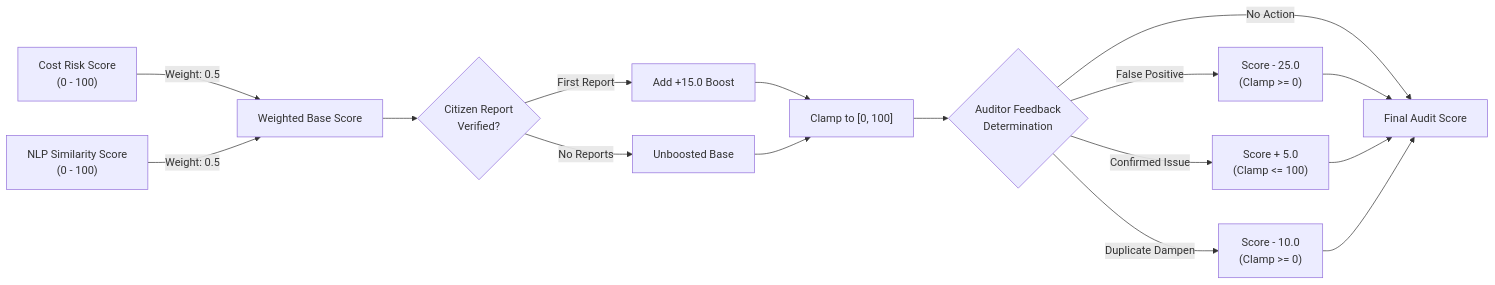
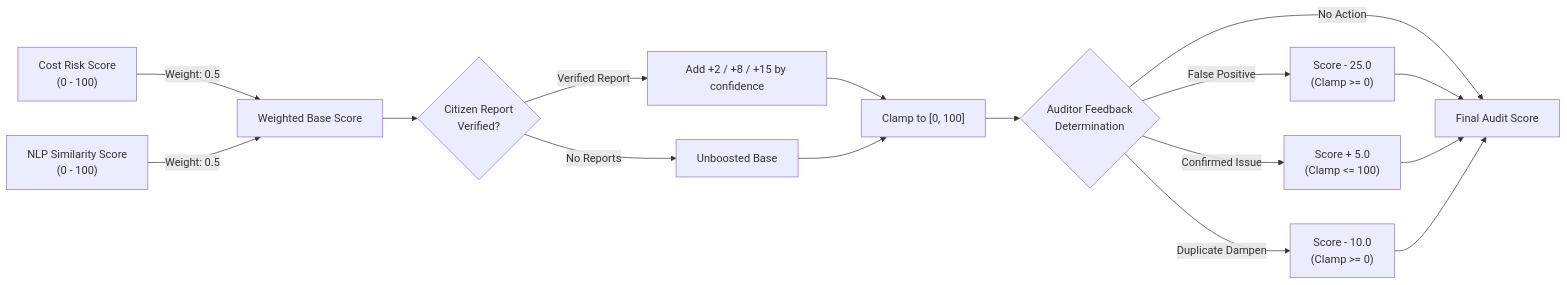
The second of 4 diagrams in README.md (buildbysushdev/SIH26012-NEURAL-NOVA-), drawn with Mermaid before and after one commit. The commit also changed other lines of this file and 48 other files, not shown here.

Commit message:
fix: harden SIH demo data flow

````diff
--- a/README.md
+++ b/README.md
@@ -78,18 +78,18 @@
 ```mermaid
 flowchart LR
     A["Cost Risk Score\n(0 - 100)"] -->|Weight: 0.5| C["Weighted Base Score"]
     B["NLP Similarity Score\n(0 - 100)"] -->|Weight: 0.5| C
     C --> D{"Citizen Report\nVerified?"}
-    D -->|First Report| E["Add +15.0 Boost"]
+    D -->|Verified Report| E["Add +2 / +8 / +15 by confidence"]
     D -->|No Reports| F["Unboosted Base"]
     E --> G["Clamp to [0, 100]"]
     F --> G
     G --> H{"Auditor Feedback\nDetermination"}
     H -->|False Positive| I["Score - 25.0\n(Clamp >= 0)"]
     H -->|Confirmed Issue| J["Score + 5.0\n(Clamp <= 100)"]
     H -->|Duplicate Dampen| K["Score - 10.0\n(Clamp >= 0)"]
     H -->|No Action| L["Final Audit Score"]
     I --> L
     J --> L
     K --> L
 ```
````
